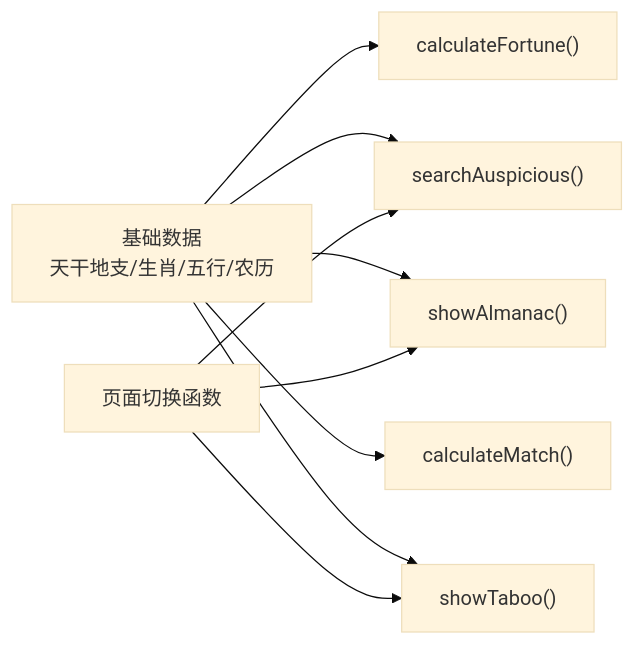
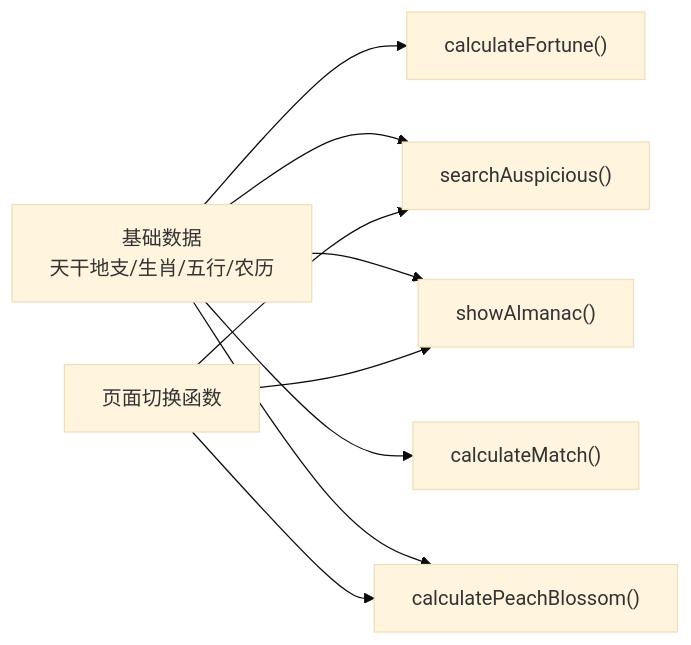
The ninth of 9 diagrams in .qoder/repowiki/zh/content/网页应用主文件.md (liudaba/Mysterious-Fate-Theory-One-Test-Knows), drawn with Mermaid (base theme) before and after one commit. The commit also changed other lines of this file and 4 other files, not shown here.

````diff
--- a/.qoder/repowiki/zh/content/网页应用主文件.md
+++ b/.qoder/repowiki/zh/content/网页应用主文件.md
@@ -314,11 +323,11 @@
 ```mermaid
 graph LR
 Base["基础数据<br/>天干地支/生肖/五行/农历"] --> Fort["calculateFortune()"]
 Base --> Ausp["searchAuspicious()"]
 Base --> Alm["showAlmanac()"]
 Base --> Match["calculateMatch()"]
-Base --> Taboo["showTaboo()"]
+Base --> Peach["calculatePeachBlossom()"]
 Nav["页面切换函数"] --> Alm
-Nav --> Taboo
 Nav --> Ausp
+Nav --> Peach
 ```
````
